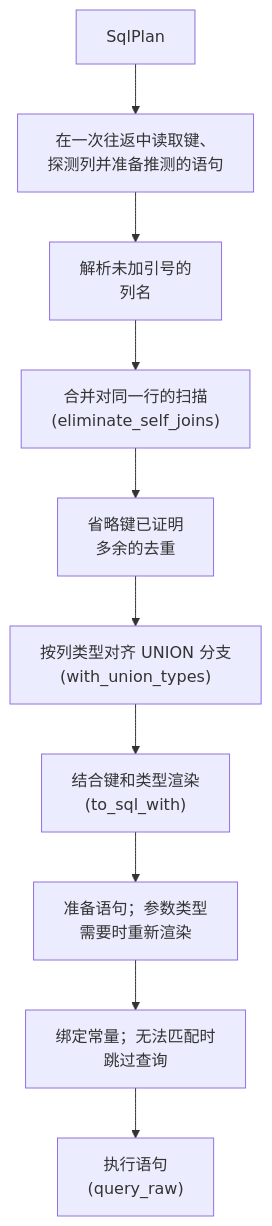
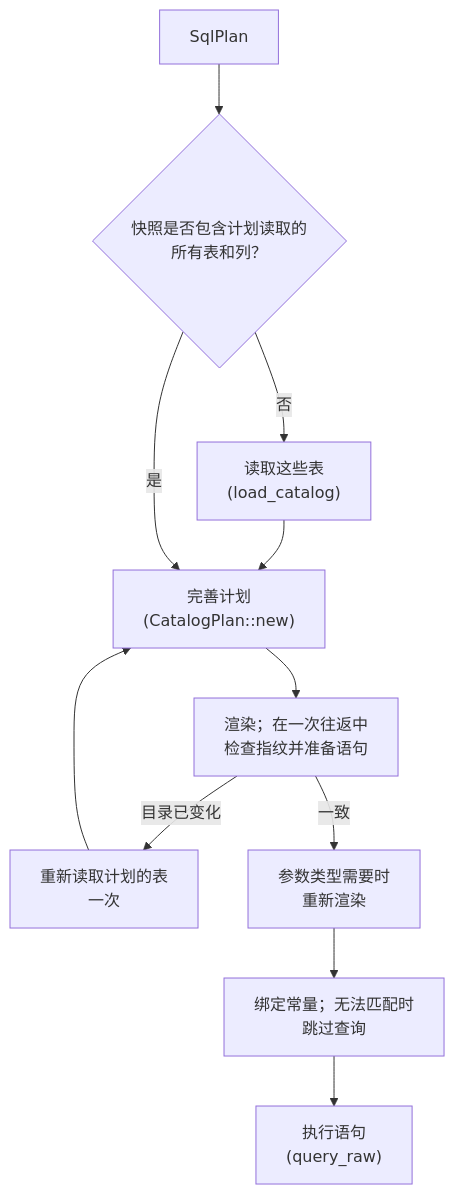
Before and after one commit to CharmingGroot/sparql-v12n: the third of 5 diagrams in docs/architecture.zh-CN.md, drawn with Mermaid. The commit also changed other lines of this file and 26 other files, not shown here.

First line of the commit message:
feat: plan on a catalog snapshot checked by a fingerprint per query

````diff
--- a/docs/architecture.zh-CN.md
+++ b/docs/architecture.zh-CN.md
@@ -79,12 +79,13 @@
 ```mermaid
 flowchart TD
-    plan["SqlPlan"] --> trip["在一次往返中读取键、<br/>探测列并准备推测的语句"]
-    trip --> names["解析未加引号的<br/>列名"]
-    names --> merge["合并对同一行的扫描<br/>(eliminate_self_joins)"]
-    merge --> dup["省略键已证明<br/>多余的去重"]
-    dup --> types["按列类型对齐 UNION 分支<br/>(with_union_types)"]
-    types --> render["结合键和类型渲染<br/>(to_sql_with)"]
-    render --> prepare["准备语句；参数类型<br/>需要时重新渲染"]
-    prepare --> bind["绑定常量；无法匹配时<br/>跳过查询"]
+    plan["SqlPlan"] --> covers{"快照是否包含计划读取的<br/>所有表和列？"}
+    covers -- 否 --> load["读取这些表<br/>(load_catalog)"]
+    load --> complete
+    covers -- 是 --> complete["完善计划<br/>(CatalogPlan::new)"]
+    complete --> trip["渲染；在一次往返中<br/>检查指纹并准备语句"]
+    trip -- 目录已变化 --> reload["重新读取计划的表<br/>一次"]
+    reload --> complete
+    trip -- 一致 --> retype["参数类型需要时<br/>重新渲染"]
+    retype --> bind["绑定常量；无法匹配时<br/>跳过查询"]
     bind --> run["执行语句<br/>(query_raw)"]
 ```
````
